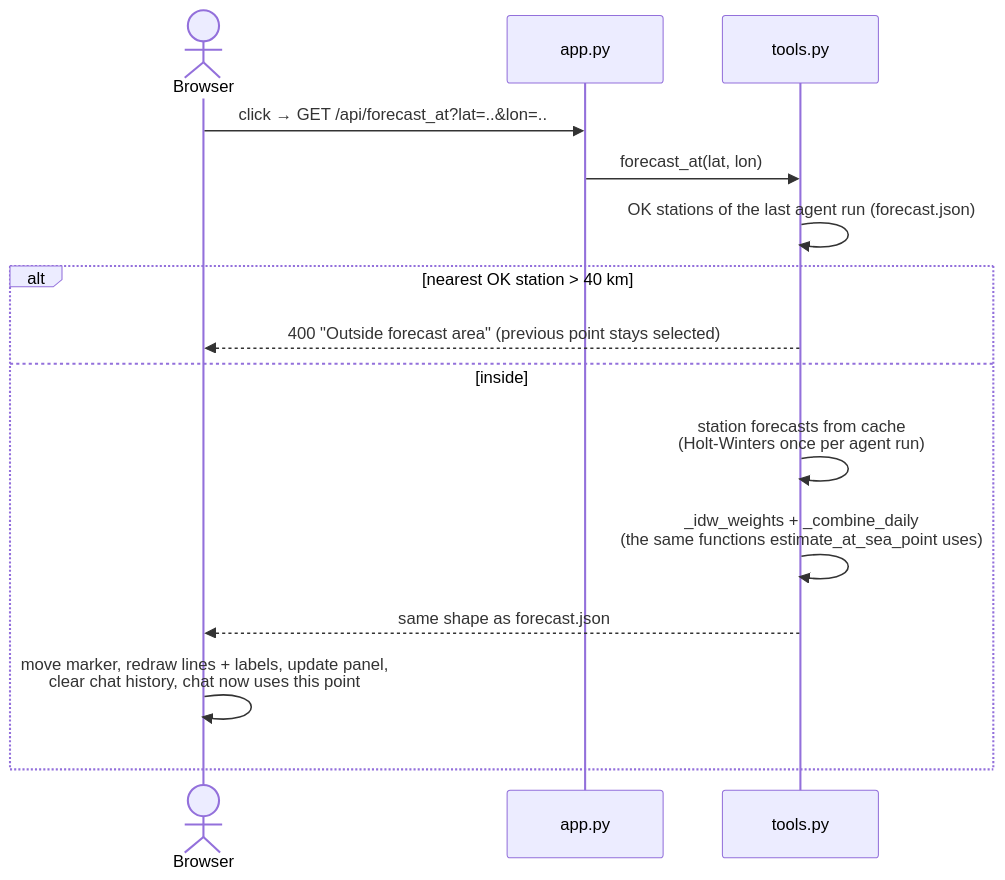
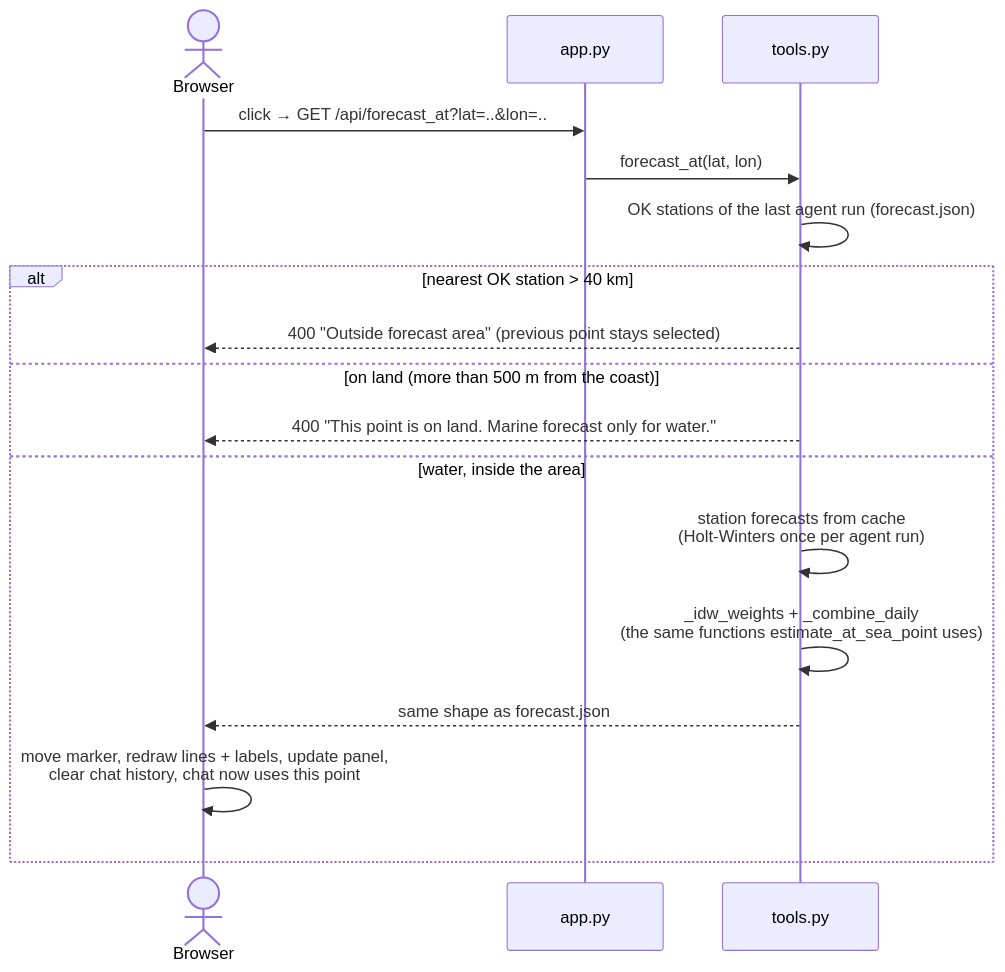
The fourth of 4 diagrams in docs/architecture.md (nil9/weather-agent), drawn with Mermaid before and after one commit. The commit also changed other lines of this file and 8 other files, not shown here.

````diff
--- a/docs/architecture.md
+++ b/docs/architecture.md
@@ -202,18 +204,20 @@
 ```mermaid
 sequenceDiagram
     actor U as Browser
     participant P as app.py
     participant T as tools.py
 
     U->>P: click → GET /api/forecast_at?lat=..&lon=..
     P->>T: forecast_at(lat, lon)
     T->>T: OK stations of the last agent run (forecast.json)
     alt nearest OK station > 40 km
         T-->>U: 400 "Outside forecast area" (previous point stays selected)
-    else inside
+    else on land (more than 500 m from the coast)
+        T-->>U: 400 "This point is on land. Marine forecast only for water."
+    else water, inside the area
         T->>T: station forecasts from cache<br/>(Holt-Winters once per agent run)
         T->>T: _idw_weights + _combine_daily<br/>(the same functions estimate_at_sea_point uses)
         T-->>U: same shape as forecast.json
         U->>U: move marker, redraw lines + labels, update panel,<br/>clear chat history, chat now uses this point
     end
 ```
````
